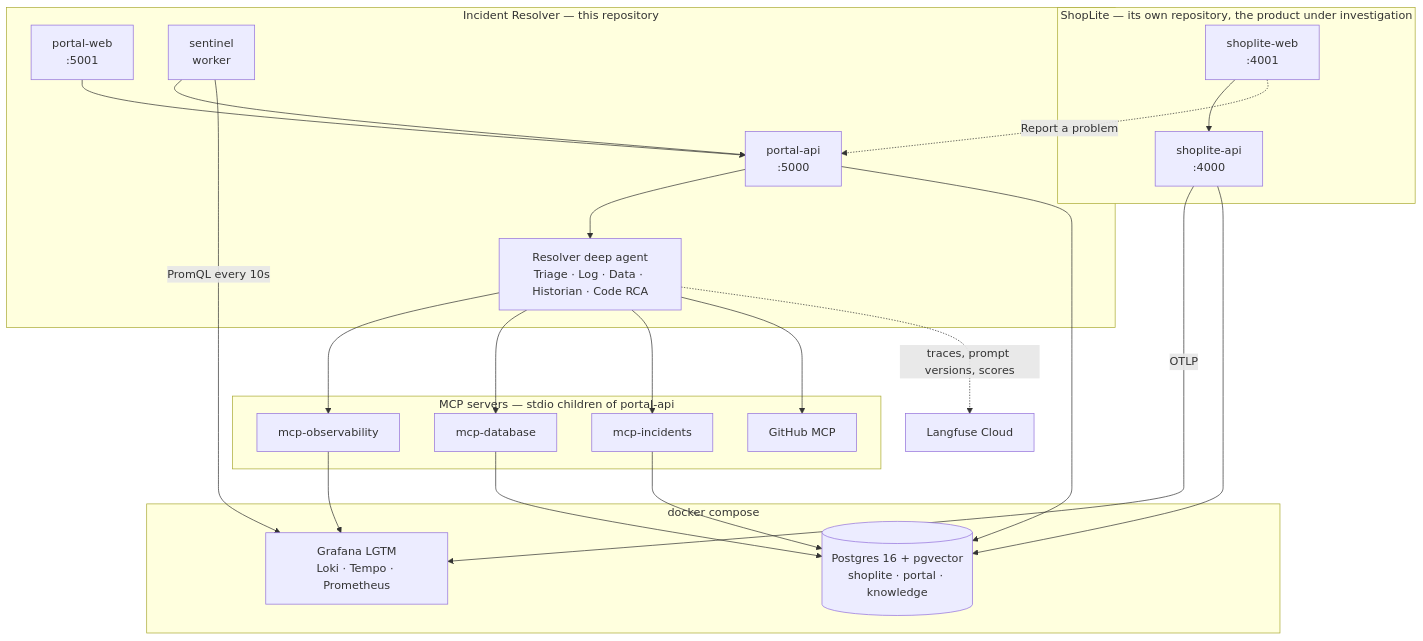
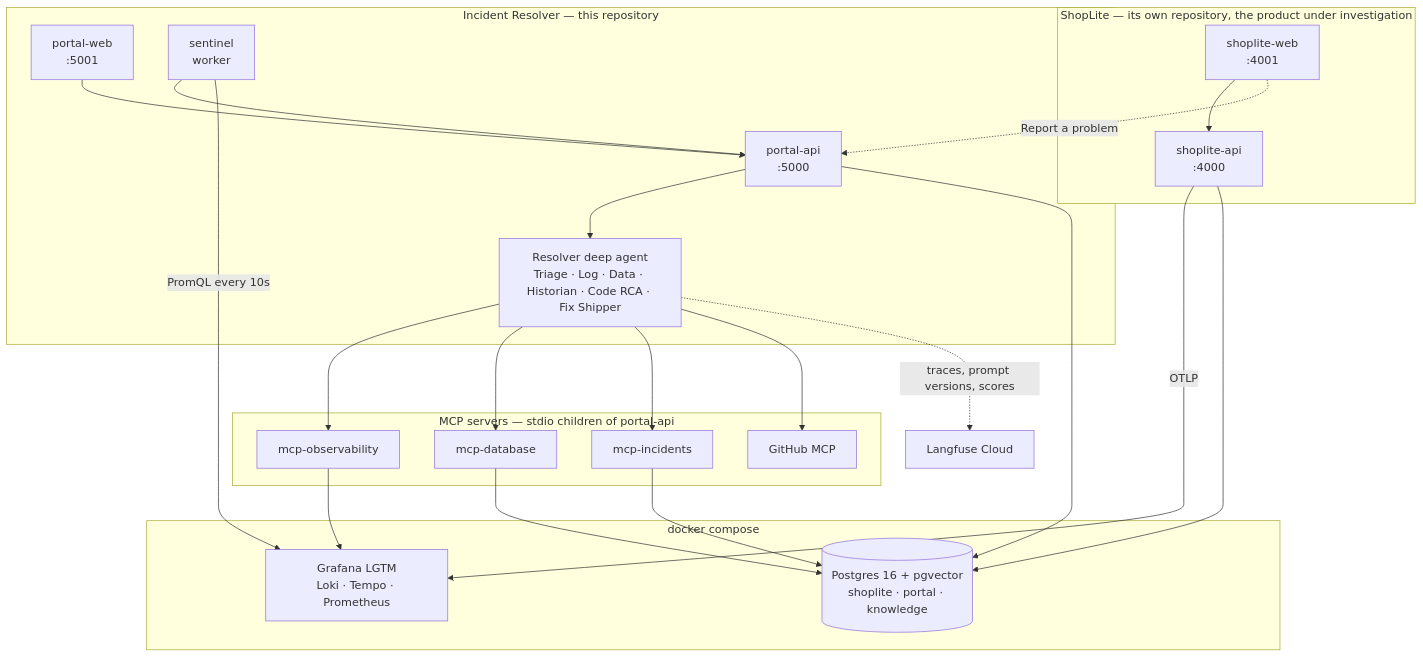
The diagram in README.md (nirajk77777/incident-resolver), drawn with Mermaid before and after one commit. The commit also changed other lines of this file and 3 other files, not shown here.

````diff
--- a/README.md
+++ b/README.md
@@ -7,46 +65,46 @@
 ```mermaid
 flowchart TB
   subgraph product["ShopLite — its own repository, the product under investigation"]
     sweb["shoplite-web<br/>:4001"]
     sapi["shoplite-api<br/>:4000"]
     sweb --> sapi
   end
 
   subgraph resolver["Incident Resolver — this repository"]
     pweb["portal-web<br/>:5001"]
     papi["portal-api<br/>:5000"]
     sent["sentinel<br/>worker"]
-    agent["Resolver deep agent<br/>Triage · Log · Data · Historian · Code RCA"]
+    agent["Resolver deep agent<br/>Triage · Log · Data · Historian · Code RCA · Fix Shipper"]
     pweb --> papi
     sent --> papi
     papi --> agent
   end
 
   subgraph servers["MCP servers — stdio children of portal-api"]
     obs["mcp-observability"]
     data["mcp-database"]
     inc["mcp-incidents"]
     gh["GitHub MCP"]
   end
 
   subgraph infra["docker compose"]
     pg[("Postgres 16 + pgvector<br/>shoplite · portal · knowledge")]
     lgtm["Grafana LGTM<br/>Loki · Tempo · Prometheus"]
   end
 
   lf["Langfuse Cloud"]
 
   sweb -. "Report a problem" .-> papi
   sapi -- OTLP --> lgtm
   sapi --> pg
   papi --> pg
   agent --> obs
   agent --> data
   agent --> inc
   agent --> gh
   obs --> lgtm
   data --> pg
   inc --> pg
   sent -- "PromQL every 10s" --> lgtm
   agent -. "traces, prompt versions, scores" .-> lf
 ```
````
